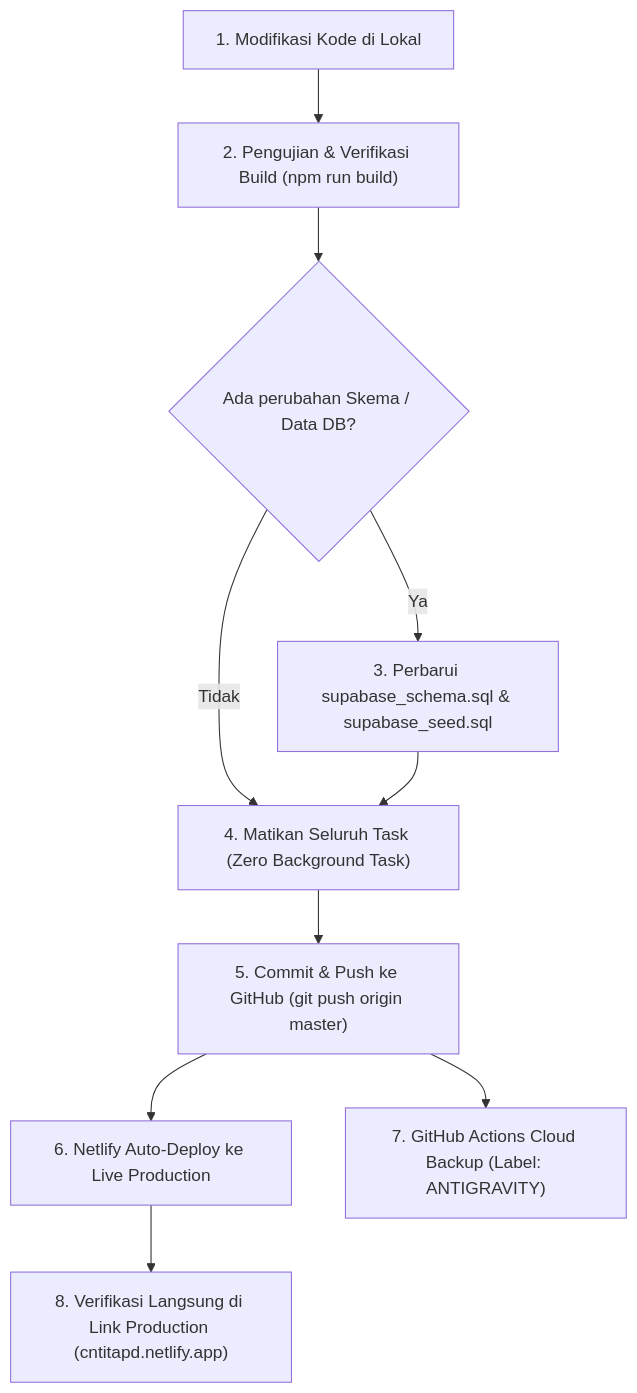
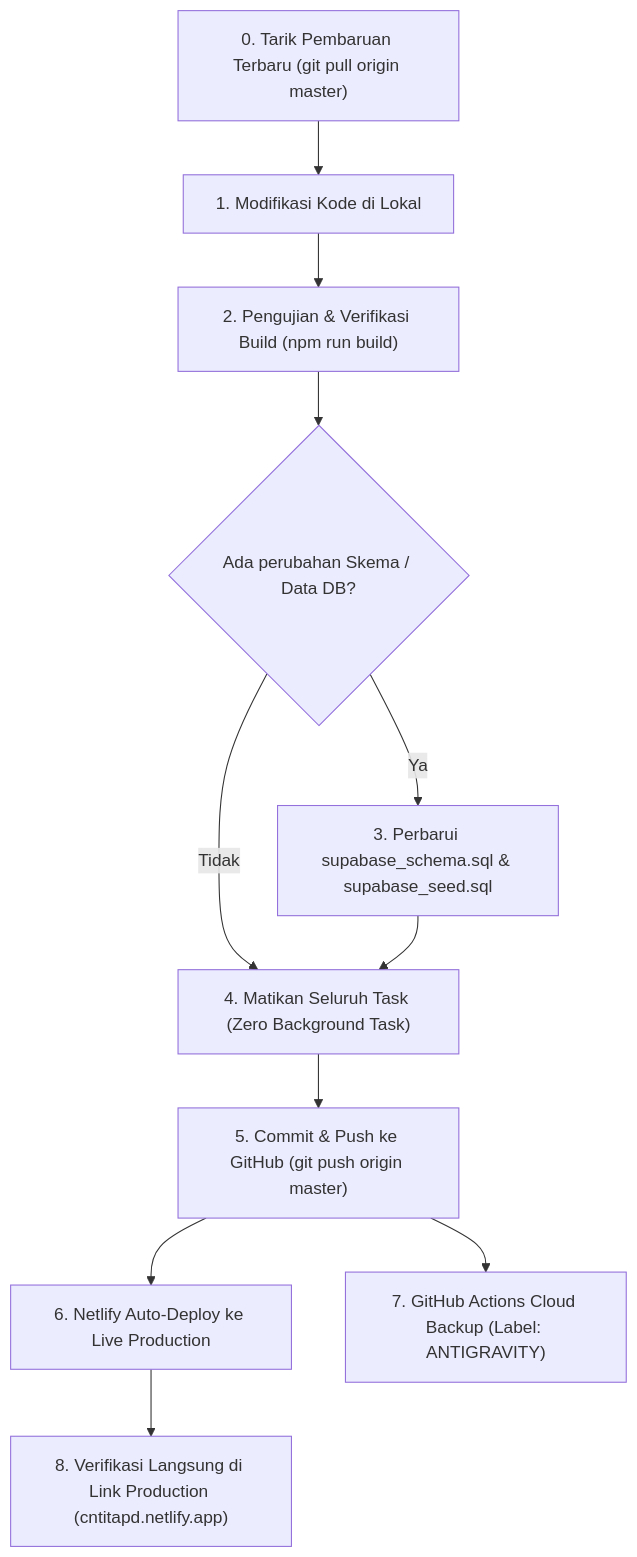
The diagram in .agent/rules/standar-kerja.md (gahasapurba/cntitapd-web), drawn with Mermaid before and after one commit. The commit also changed other lines of this file, not shown here.

Commit message:
docs(sop): enforce git pull from github before starting development

````diff
--- a/.agent/rules/standar-kerja.md
+++ b/.agent/rules/standar-kerja.md
@@ -22,12 +22,13 @@
 ```mermaid
 flowchart TD
-    A["1. Modifikasi Kode di Lokal"] --> B["2. Pengujian & Verifikasi Build (npm run build)"]
-    B --> C{"Ada perubahan Skema / Data DB?"}
-    C -- Ya --> D["3. Perbarui supabase_schema.sql & supabase_seed.sql"]
-    C -- Tidak --> E["4. Matikan Seluruh Task (Zero Background Task)"]
-    D --> E
-    E --> F["5. Commit & Push ke GitHub (git push origin master)"]
-    F --> G["6. Netlify Auto-Deploy ke Live Production"]
-    F --> H["7. GitHub Actions Cloud Backup (Label: ANTIGRAVITY)"]
-    G --> I["8. Verifikasi Langsung di Link Production (cntitapd.netlify.app)"]
+    A["0. Tarik Pembaruan Terbaru (git pull origin master)"] --> B["1. Modifikasi Kode di Lokal"]
+    B --> C["2. Pengujian & Verifikasi Build (npm run build)"]
+    C --> D{"Ada perubahan Skema / Data DB?"}
+    D -- Ya --> E["3. Perbarui supabase_schema.sql & supabase_seed.sql"]
+    D -- Tidak --> F["4. Matikan Seluruh Task (Zero Background Task)"]
+    E --> F
+    F --> G["5. Commit & Push ke GitHub (git push origin master)"]
+    G --> H["6. Netlify Auto-Deploy ke Live Production"]
+    G --> I["7. GitHub Actions Cloud Backup (Label: ANTIGRAVITY)"]
+    H --> J["8. Verifikasi Langsung di Link Production (cntitapd.netlify.app)"]
 ```
````
